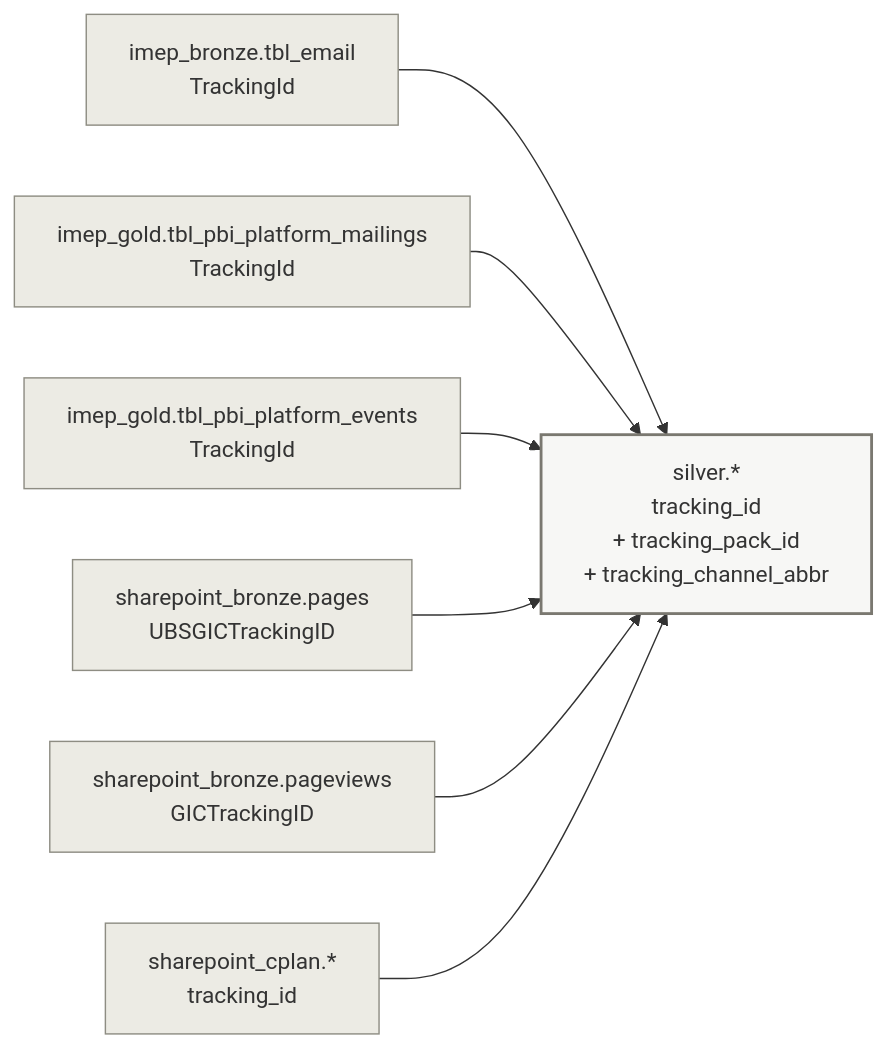
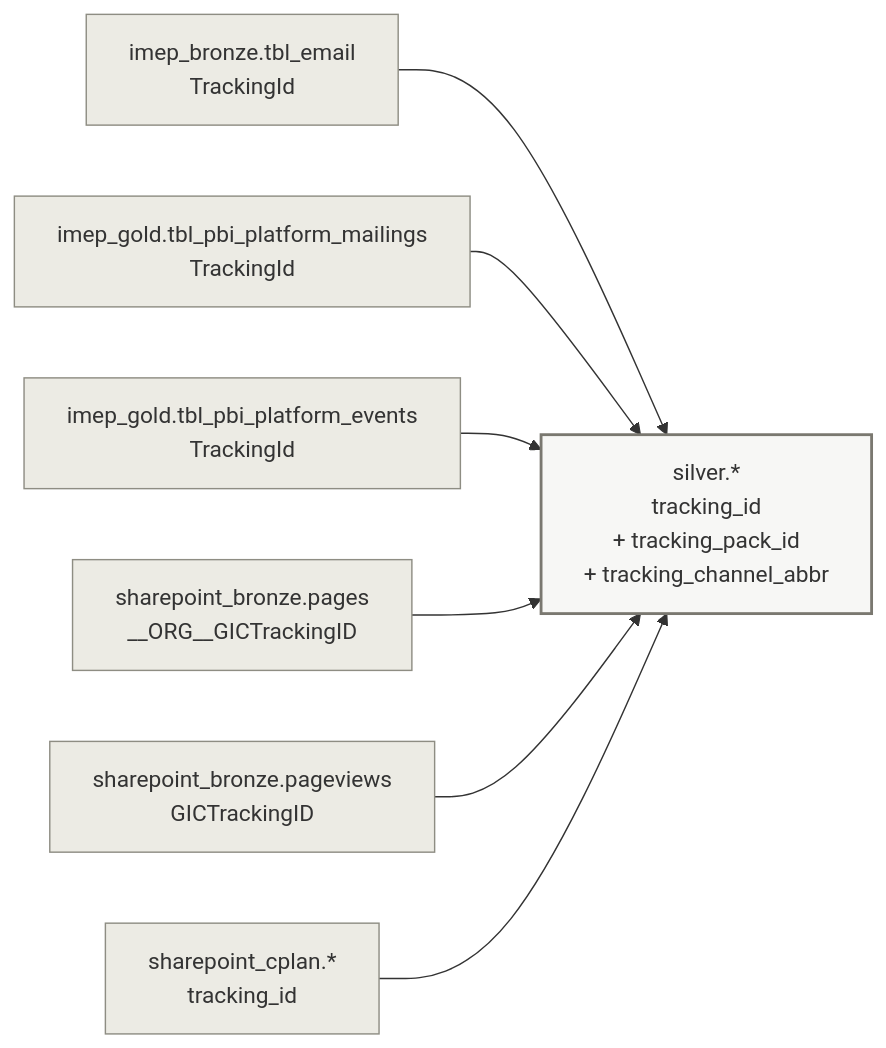
The fourth of 7 diagrams in docs/architecture_diagram.md (dallmi/Databricks), drawn with Mermaid before and after one commit. The commit also changed other lines of this file and 85 other files, not shown here.

````diff
--- a/docs/architecture_diagram.md
+++ b/docs/architecture_diagram.md
@@ -225,23 +225,23 @@
 ```mermaid
 flowchart LR
     A[imep_bronze.tbl_email<br/>TrackingId]
     B[imep_gold.tbl_pbi_platform_mailings<br/>TrackingId]
     C[imep_gold.tbl_pbi_platform_events<br/>TrackingId]
-    D[sharepoint_bronze.pages<br/>UBSGICTrackingID]
+    D[sharepoint_bronze.pages<br/>__ORG__GICTrackingID]
     E[sharepoint_bronze.pageviews<br/>GICTrackingID]
     F[sharepoint_cplan.*<br/>tracking_id]
     
     SILVER[silver.* <br/>tracking_id<br/>+ tracking_pack_id<br/>+ tracking_channel_abbr]
 
     A --> SILVER
     B --> SILVER
     C --> SILVER
     D --> SILVER
     E --> SILVER
     F --> SILVER
 
     classDef src fill:#ECEBE4,stroke:#8E8D83;
     classDef silver fill:#F7F7F5,stroke:#7A7870,stroke-width:2px;
     class A,B,C,D,E,F src;
     class SILVER silver;
 ```
````
